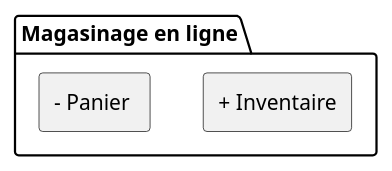
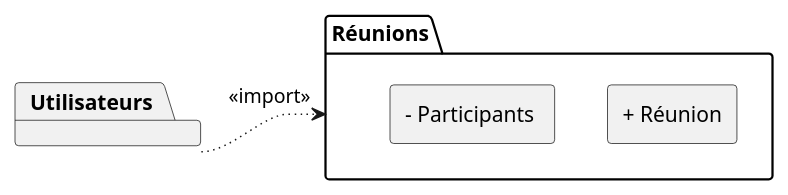
Before and after one commit to gigl-uml/Guide_uml_polymtl: the diagram in plant_uml/packageVisibility.plantuml, drawn with PlantUML. The commit also changed 3 other files, not shown here.

```diff
--- a/plant_uml/packageVisibility.plantuml
+++ b/plant_uml/packageVisibility.plantuml
@@ -1,8 +1,12 @@
 @startuml
 hide circle
 skinparam backgroundcolor transparent
-package "Magasinage en ligne" {
-  rectangle "+ Inventaire"
-  rectangle "- Panier "
+package Utilisateurs
+
+package "Réunions" as B{
+  rectangle "+ Réunion"
+  rectangle "- Participants "
 }
+
+Utilisateurs -r[dotted]-> B : <<import>>
 @enduml
```
